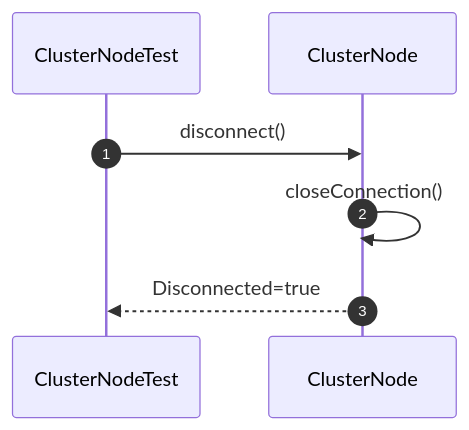
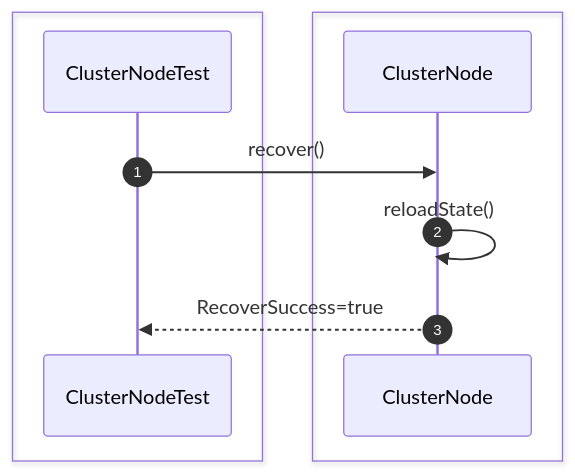
Diagram 16 of 26 in src/sequence/replication.md (Huy1801214/dbms-architecture), drawn with Mermaid before and after one commit. The commit also changed other lines of this file and 10 other files, not shown here.

Commit message:
add comprehensive sequence diagrams and documentation for system architecture and unit testing specifications

````diff
--- a/src/sequence/replication.md
+++ b/src/sequence/replication.md
@@ -128,12 +284,15 @@
-```mermaid 
+```mermaid
 sequenceDiagram
     autonumber
+
+    box #e1f5fe Test Suite
     participant Test as ClusterNodeTest
+    end
+    box #ffebee Replication Components
     participant Node as ClusterNode
+    end
 
-    Test->>Node: disconnect()
-
-    Node->>Node: closeConnection()
-
-    Node-->>Test: Disconnected=true
+    Test->>Node: recover()
+    Node->>Node: reloadState()
+    Node-->>Test: RecoverSuccess=true
 ```
````
